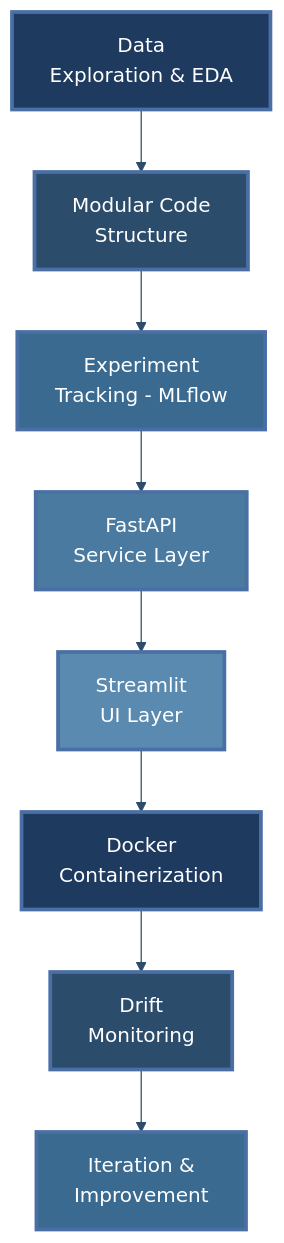
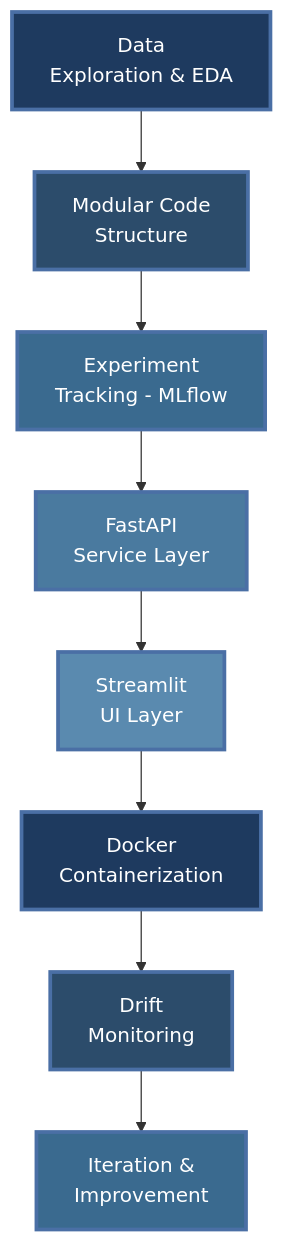
The first of 2 diagrams in README.md (UzairRan/easyocr-mlops), drawn with Mermaid before and after one commit.

Commit message:
Properley add Readme

````diff
--- a/README.md
+++ b/README.md
@@ -99,20 +100,19 @@
 ```mermaid
-%%{init: {'theme':'base', 'themeVariables': { 'primaryColor':'#1e3a5f','primaryTextColor':'#fff','primaryBorderColor':'#4a6fa5','lineColor':'#2c4c6b','secondaryColor':'#e8f0fe','tertiaryColor':'#f0f4fa'}}}%%
 flowchart TB
     A[Data<br/>Exploration & EDA] --> B[Modular Code<br/>Structure]
     B --> C[Experiment<br/>Tracking - MLflow]
     C --> D[FastAPI<br/>Service Layer]
     D --> E[Streamlit<br/>UI Layer]
     E --> F[Docker<br/>Containerization]
     F --> G[Drift<br/>Monitoring]
     G --> H[Iteration &<br/>Improvement]
     
     style A fill:#1e3a5f,stroke:#4a6fa5,stroke-width:3px,color:#fff
     style B fill:#2c4c6b,stroke:#4a6fa5,stroke-width:3px,color:#fff
     style C fill:#3a6a8f,stroke:#4a6fa5,stroke-width:3px,color:#fff
     style D fill:#4a7a9f,stroke:#4a6fa5,stroke-width:3px,color:#fff
     style E fill:#5a8aaf,stroke:#4a6fa5,stroke-width:3px,color:#fff
     style F fill:#1e3a5f,stroke:#4a6fa5,stroke-width:3px,color:#fff
     style G fill:#2c4c6b,stroke:#4a6fa5,stroke-width:3px,color:#fff
     style H fill:#3a6a8f,stroke:#4a6fa5,stroke-width:3px,color:#fff
 ```
````
